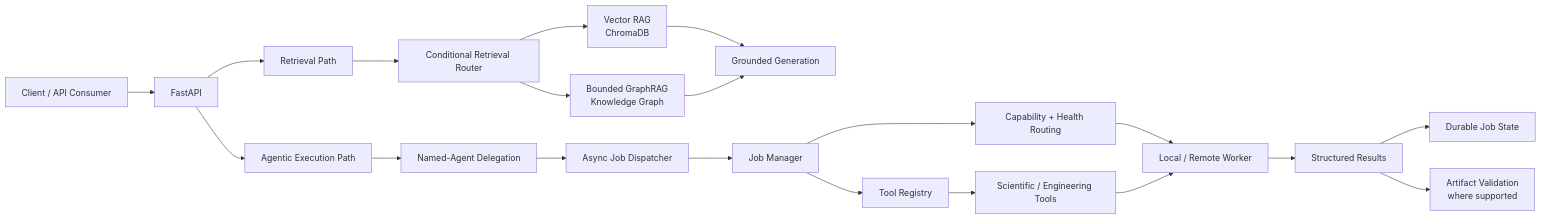
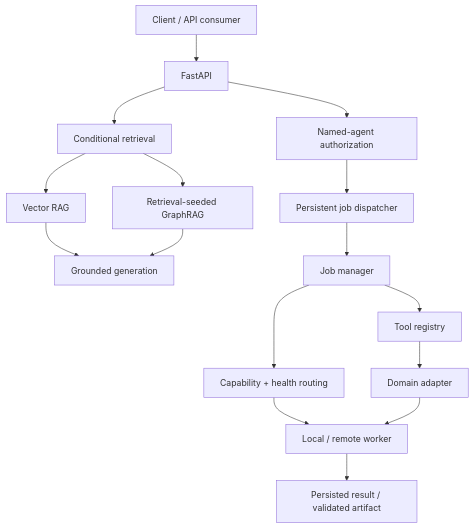
The first of 2 diagrams in README.md (syedkhadeermo/personal-graphrag-agent), drawn with Mermaid before and after one commit. The commit also changed other lines of this file, not shown here.

````diff
--- a/README.md
+++ b/README.md
@@ -28,27 +122,20 @@
 ```mermaid
-flowchart LR
-    User["Client / API Consumer"] --> API["FastAPI"]
+flowchart TD
+    Client["Client / API consumer"] --> API["FastAPI"]
 
-    API --> Retrieval["Retrieval Path"]
-    API --> Delegation["Agentic Execution Path"]
+    API --> Retrieval["Conditional retrieval"]
+    Retrieval --> Vector["Vector RAG"]
+    Retrieval --> Graph["Retrieval-seeded GraphRAG"]
+    Vector --> Answer["Grounded generation"]
+    Graph --> Answer
 
-    Retrieval --> Router["Conditional Retrieval Router"]
-    Router --> Vector["Vector RAG<br/>ChromaDB"]
-    Router --> Graph["Bounded GraphRAG<br/>Knowledge Graph"]
-    Vector --> Generation["Grounded Generation"]
-    Graph --> Generation
-
-    Delegation --> Agent["Named-Agent Delegation"]
-    Agent --> Dispatcher["Async Job Dispatcher"]
-    Dispatcher --> Manager["Job Manager"]
-    Manager --> WorkerRouter["Capability + Health Routing"]
-    WorkerRouter --> Worker["Local / Remote Worker"]
-    Manager --> Registry["Tool Registry"]
-
-    Registry --> Scientific["Scientific / Engineering Tools"]
-    Scientific --> Worker
-
-    Worker --> Results["Structured Results"]
-    Results --> Store["Durable Job State"]
-    Results --> Artifacts["Artifact Validation<br/>where supported"]
+    API --> Agent["Named-agent authorization"]
+    Agent --> Queue["Persistent job dispatcher"]
+    Queue --> Manager["Job manager"]
+    Manager --> Router["Capability + health routing"]
+    Manager --> Registry["Tool registry"]
+    Router --> Worker["Local / remote worker"]
+    Registry --> Adapter["Domain adapter"]
+    Adapter --> Worker
+    Worker --> Result["Persisted result / validated artifact"]
 ```
````
